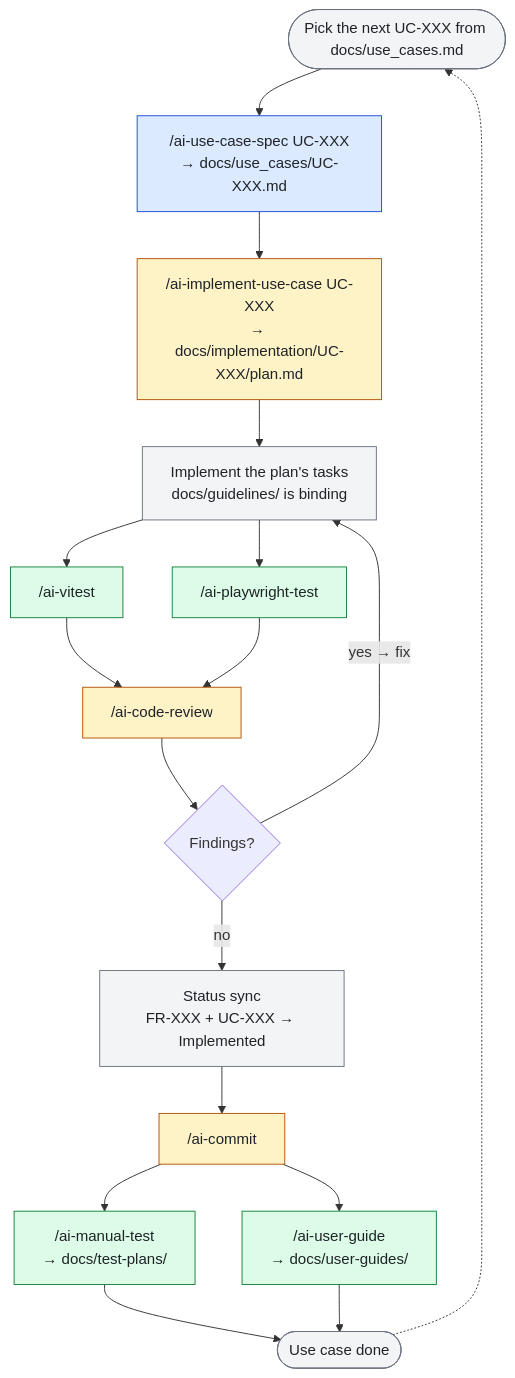
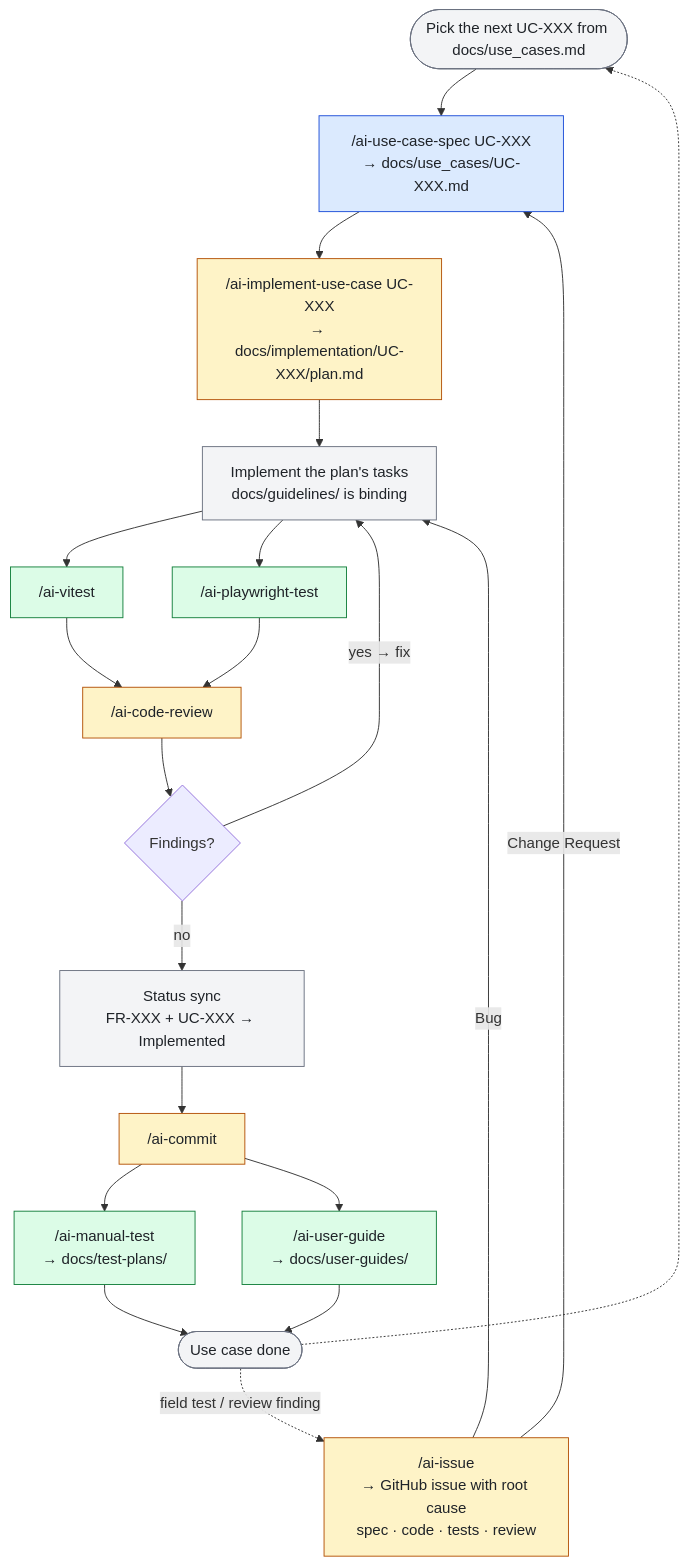
The third of 3 diagrams in README.md (liitu-ch/liitu-ai-architect-marketplace), drawn with Mermaid before and after one commit. The commit also changed other lines of this file and 1 other file, not shown here.

First line of the commit message:
docs: add the issue skill to the development workflow diagrams

````diff
--- a/README.md
+++ b/README.md
@@ -143,26 +161,30 @@
 ```mermaid
 flowchart TD
     pick([Pick the next UC-XXX from docs/use_cases.md]) --> spec
     spec["/ai-use-case-spec UC-XXX<br/>→ docs/use_cases/UC-XXX.md"] --> plan
     plan["/ai-implement-use-case UC-XXX<br/>→ docs/implementation/UC-XXX/plan.md"] --> impl
     impl["Implement the plan's tasks<br/>docs/guidelines/ is binding"] --> unit & e2e
     unit["/ai-vitest"] --> review
     e2e["/ai-playwright-test"] --> review
     review["/ai-code-review"] --> findings{Findings?}
     findings -- "yes → fix" --> impl
     findings -- "no" --> sync
     sync["Status sync<br/>FR-XXX + UC-XXX → Implemented"] --> commit
     commit["/ai-commit"] --> manual & guide
     manual["/ai-manual-test<br/>→ docs/test-plans/"] --> done
     guide["/ai-user-guide<br/>→ docs/user-guides/"] --> done
     done([Use case done]) -.-> pick
+    done -. "field test / review finding" .-> issue
+    issue["/ai-issue<br/>→ GitHub issue with root cause<br/>spec · code · tests · review"]
+    issue -- "Change Request" --> spec
+    issue -- "Bug" --> impl
 
     classDef core fill:#dbeafe,stroke:#1d4ed8,color:#1f2328
     classDef testing fill:#dcfce7,stroke:#15803d,color:#1f2328
     classDef devtools fill:#fef3c7,stroke:#b45309,color:#1f2328
     classDef step fill:#f3f4f6,stroke:#6b7280,color:#1f2328
     class spec core
     class unit,e2e,manual,guide testing
-    class plan,review,commit devtools
+    class plan,review,commit,issue devtools
     class pick,impl,sync,done step
 ```
````
